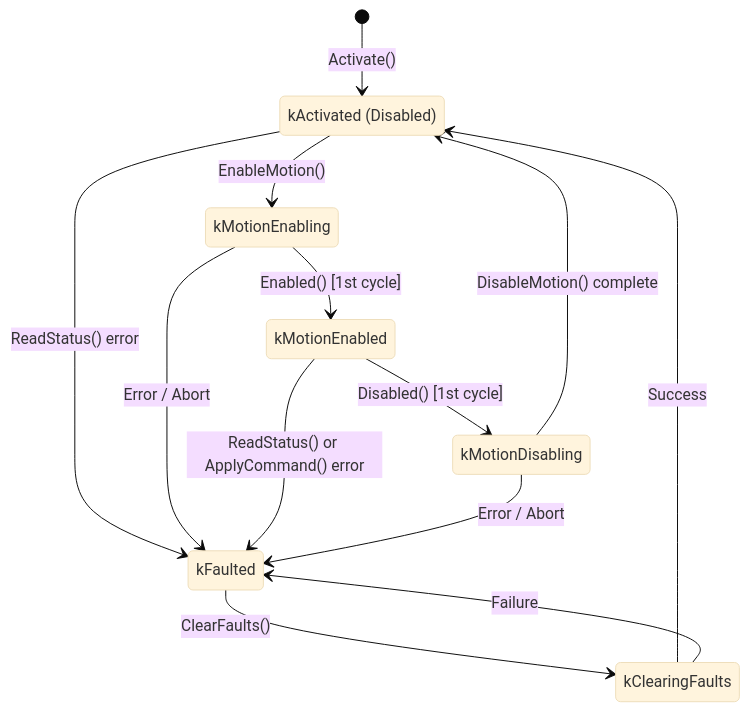
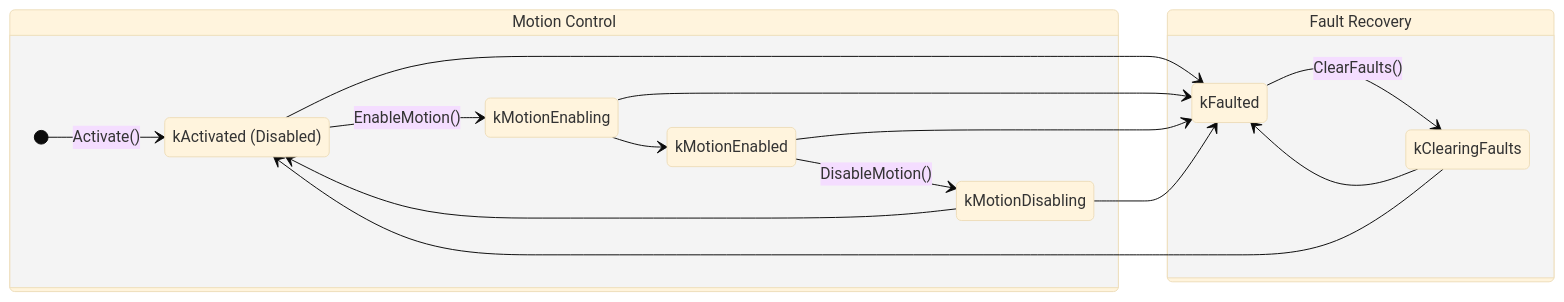
One commit to antonkesy/intrinsic-core changed the second of 4 diagrams in developer_resources/learn/tutorials/interactive_tutorials/icon/hardware_modules/custom_hardware_modules.md. Above: the diagram before and after it, drawn with Mermaid (base theme). The commit also changed other lines of this file, not shown here.

````diff
--- a/developer_resources/learn/tutorials/interactive_tutorials/icon/hardware_modules/custom_hardware_modules.md
+++ b/developer_resources/learn/tutorials/interactive_tutorials/icon/hardware_modules/custom_hardware_modules.md
@@ -344,28 +362,34 @@
 ```mermaid
 stateDiagram-v2
-    direction TB
-    state "kActivated (Disabled)" as kActivatedDisabled
-    state "kMotionEnabling" as kMotionEnabling
-    state "kMotionEnabled" as kMotionEnabled
-    state "kMotionDisabling" as kMotionDisabling
-    state "kFaulted" as kFaulted
-    state "kClearingFaults" as kClearingFaults
+    direction LR
 
-    [*] --> kActivatedDisabled: Activate()
+    state "Motion Control" as MotionControl {
+        direction TB
+        state "kActivated (Disabled)" as kActivatedDisabled
+        state "kMotionEnabling" as kMotionEnabling
+        state "kMotionEnabled" as kMotionEnabled
+        state "kMotionDisabling" as kMotionDisabling
 
-    kActivatedDisabled --> kMotionEnabling: EnableMotion()
-    kActivatedDisabled --> kFaulted: ReadStatus() error
+        [*] --> kActivatedDisabled: Activate()
+        kActivatedDisabled --> kMotionEnabling: EnableMotion()
+        kMotionEnabling --> kMotionEnabled
+        kMotionEnabled --> kMotionDisabling: DisableMotion()
+        kMotionDisabling --> kActivatedDisabled
+    }
 
-    kMotionEnabling --> kMotionEnabled: Enabled() [1st cycle]
-    kMotionEnabling --> kFaulted: Error / Abort
+    state "Fault Recovery" as FaultRecovery {
+        direction TB
+        state "kFaulted" as kFaulted
+        state "kClearingFaults" as kClearingFaults
 
-    kMotionEnabled --> kMotionDisabling: Disabled() [1st cycle]
-    kMotionEnabled --> kFaulted: ReadStatus() or ApplyCommand() error
+        kFaulted --> kClearingFaults: ClearFaults()
+        kClearingFaults --> kFaulted
+    }
 
-    kMotionDisabling --> kActivatedDisabled: DisableMotion() complete
-    kMotionDisabling --> kFaulted: Error / Abort
+    kActivatedDisabled --> kFaulted
+    kMotionEnabling --> kFaulted
+    kMotionEnabled --> kFaulted
+    kMotionDisabling --> kFaulted
 
-    kFaulted --> kClearingFaults: ClearFaults()
-    kClearingFaults --> kActivatedDisabled: Success
-    kClearingFaults --> kFaulted: Failure
+    kClearingFaults --> kActivatedDisabled
 ```
````
